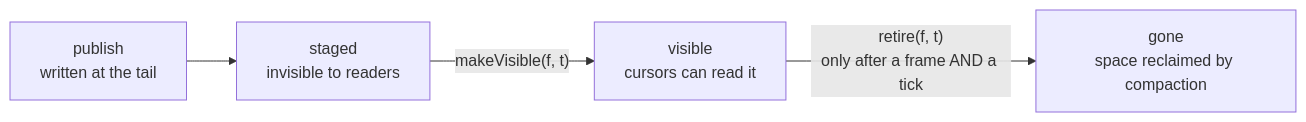
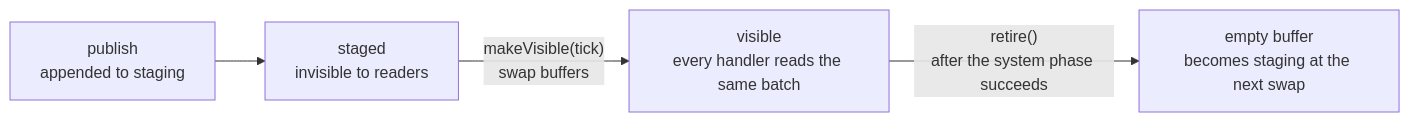
One commit to techattackteam/TechEngine-vault changed the diagram in 04 Design Docs/Systems/Events - Design.md. Above: the diagram before and after it, drawn with Mermaid. The commit also changed other lines of this file and 3 other files, not shown here.

````diff
--- a/04 Design Docs/Systems/Events - Design.md
+++ b/04 Design Docs/Systems/Events - Design.md
@@ -272,6 +249,6 @@
 ```mermaid
 flowchart LR
-    A["publish<br/>written at the tail"] --> B["staged<br/>invisible to readers"]
-    B -->|"makeVisible(f, t)"| C["visible<br/>cursors can read it"]
-    C -->|"retire(f, t)<br/>only after a frame AND a tick"| D["gone<br/>space reclaimed by compaction"]
+    A["publish<br/>appended to staging"] --> B["staged<br/>invisible to readers"]
+    B -->|"makeVisible(tick)<br/>swap buffers"| C["visible<br/>every handler reads the same batch"]
+    C -->|"retire()<br/>after the system phase succeeds"| D["empty buffer<br/>becomes staging at the next swap"]
 ```
````
